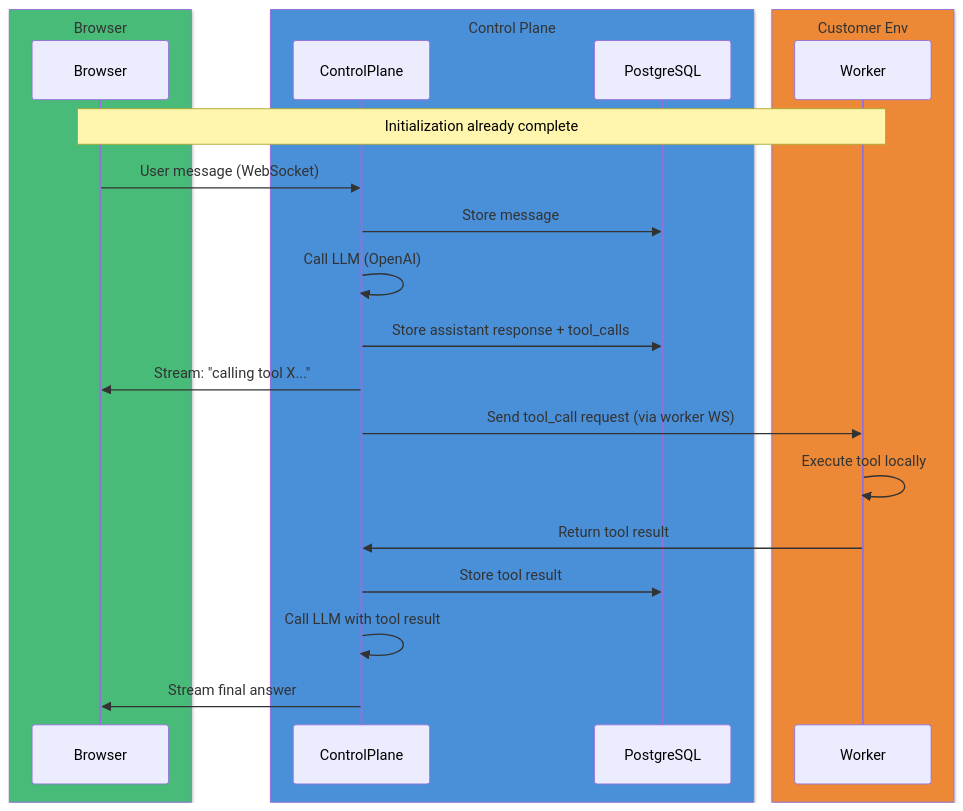
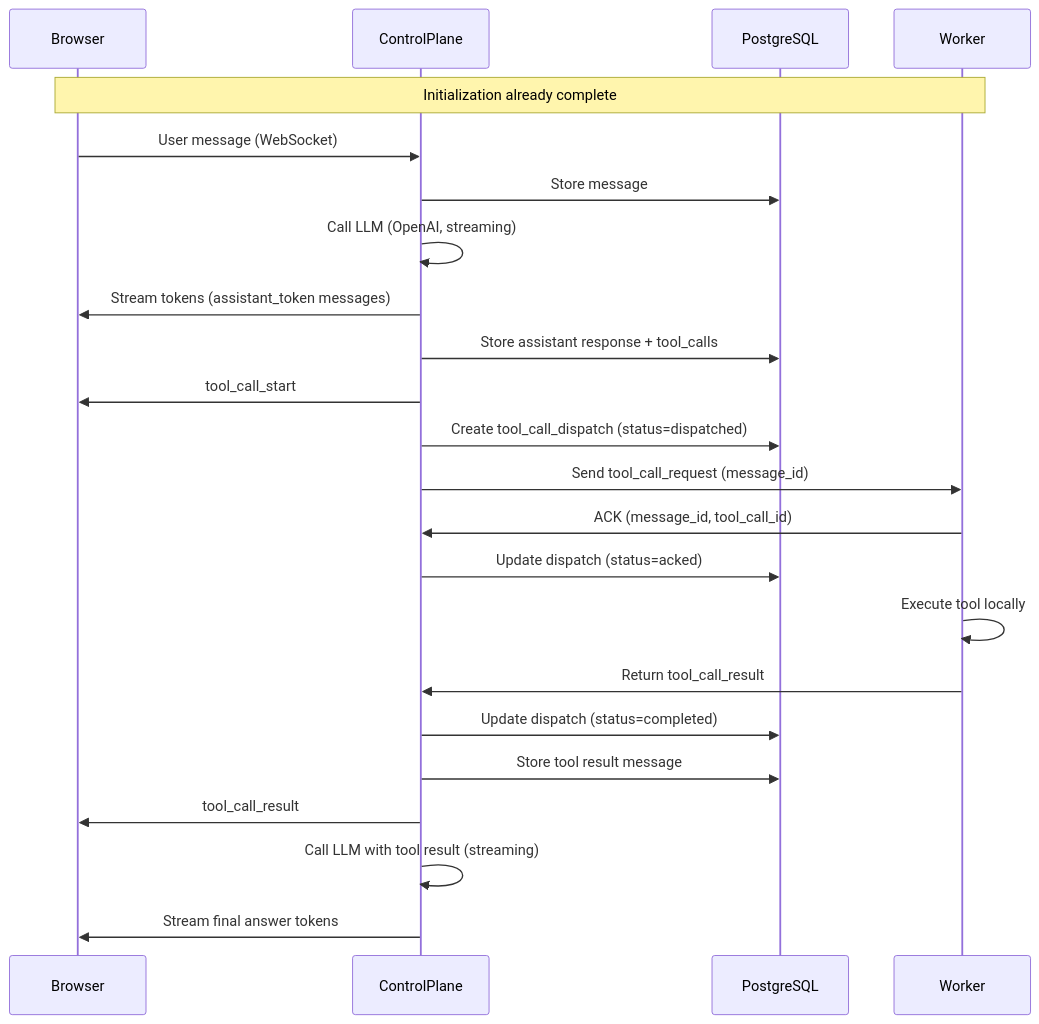
One commit to AntoinePr/onsite-cursor-d-v3 changed the third of 4 diagrams in PRESENTATION.md. Above: the diagram before and after it, drawn with Mermaid. The commit also changed other lines of this file and 6 other files, not shown here.

````diff
--- a/PRESENTATION.md
+++ b/PRESENTATION.md
@@ -79,27 +92,27 @@
 ```mermaid
 sequenceDiagram
-  box rgb(72,187,120) Browser
-    participant B as Browser
-  end
-  box rgb(74,144,217) Control Plane
-    participant CP as ControlPlane
-    participant DB as PostgreSQL
-  end
-  box rgb(237,137,54) Customer Env
-    participant W as Worker
-  end
+  participant B as Browser
+  participant CP as ControlPlane
+  participant DB as PostgreSQL
+  participant W as Worker
 
   Note over B,W: Initialization already complete
 
   B->>CP: User message (WebSocket)
   CP->>DB: Store message
-  CP->>CP: Call LLM (OpenAI)
+  CP->>CP: Call LLM (OpenAI, streaming)
+  CP->>B: Stream tokens (assistant_token messages)
   CP->>DB: Store assistant response + tool_calls
-  CP->>B: Stream: "calling tool X..."
-  CP->>W: Send tool_call request (via worker WS)
+  CP->>B: tool_call_start
+  CP->>DB: Create tool_call_dispatch (status=dispatched)
+  CP->>W: Send tool_call_request (message_id)
+  W->>CP: ACK (message_id, tool_call_id)
+  CP->>DB: Update dispatch (status=acked)
   W->>W: Execute tool locally
-  W->>CP: Return tool result
-  CP->>DB: Store tool result
-  CP->>CP: Call LLM with tool result
-  CP->>B: Stream final answer
+  W->>CP: Return tool_call_result
+  CP->>DB: Update dispatch (status=completed)
+  CP->>DB: Store tool result message
+  CP->>B: tool_call_result
+  CP->>CP: Call LLM with tool result (streaming)
+  CP->>B: Stream final answer tokens
 ```
````
